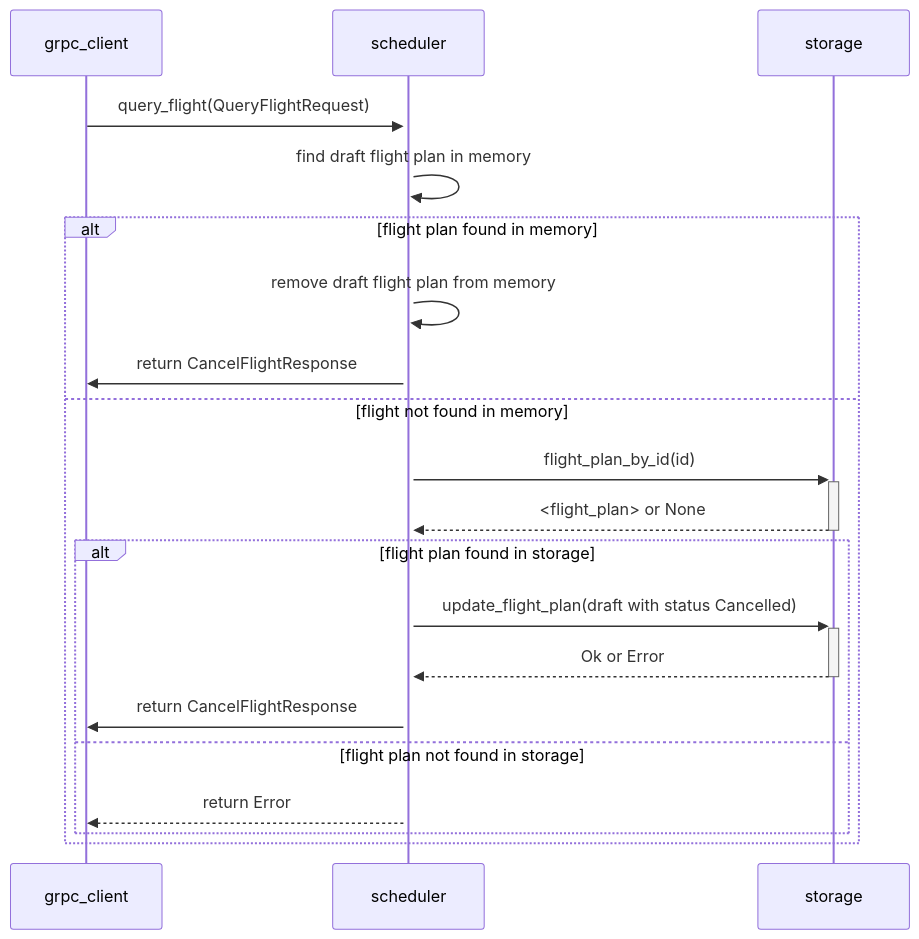
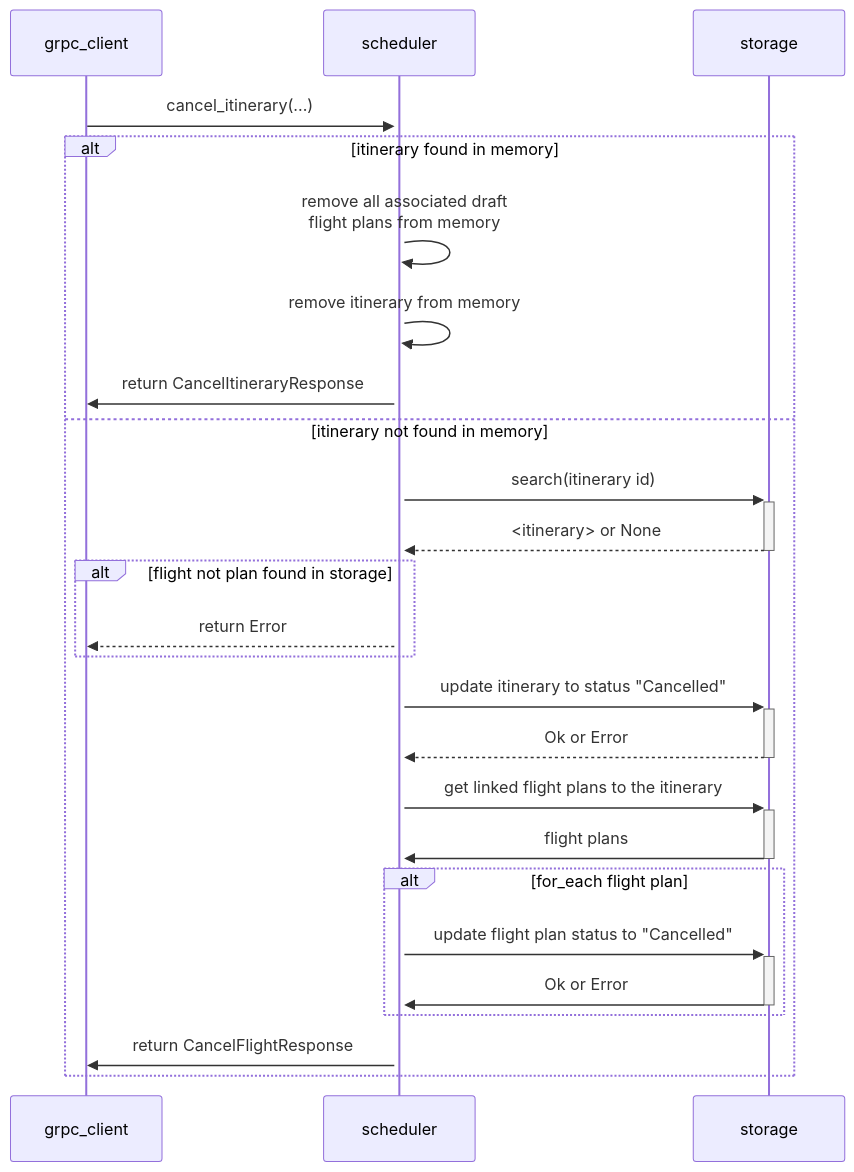
One commit to aetheric-oss/svc-scheduler changed the third of 3 diagrams in docs/sdd.md. Above: the diagram before and after it, drawn with Mermaid. The commit also changed other lines of this file and 2 other files, not shown here.

Commit message:
chore: reviewer comments

````diff
--- a/docs/sdd.md
+++ b/docs/sdd.md
@@ -140,19 +146,27 @@
 ```mermaid
 sequenceDiagram
-    grpc_client->>+scheduler: query_flight(QueryFlightRequest)
-    scheduler->>scheduler: find draft flight plan in memory
-    alt flight plan found in memory
-        scheduler->>scheduler: remove draft flight plan from memory
-        scheduler->>grpc_client: return CancelFlightResponse
-    else flight not found in memory 
-        scheduler->>+storage: flight_plan_by_id(id)
-        storage-->>-scheduler: <flight_plan> or None
-        alt flight plan found in storage
-            scheduler->>+storage: update_flight_plan(draft with status Cancelled)
-            storage-->>-scheduler: Ok or Error
-            scheduler->>grpc_client: return CancelFlightResponse
-        else flight plan not found in storage
+    grpc_client->>+scheduler: cancel_itinerary(...)
+    alt itinerary found in memory
+        scheduler->>scheduler: remove all associated draft<br> flight plans from memory
+        scheduler->>scheduler: remove itinerary from memory
+        scheduler->>grpc_client: return CancelItineraryResponse
+    else itinerary not found in memory 
+        scheduler->>+storage: search(itinerary id)
+        storage-->>-scheduler: <itinerary> or None
+        alt flight not plan found in storage
             scheduler-->>grpc_client: return Error
         end
+    
+        scheduler->>+storage: update itinerary to status "Cancelled"
+        storage-->>-scheduler: Ok or Error
+
+        scheduler->>+storage: get linked flight plans to the itinerary
+        storage->>-scheduler: flight plans
+
+        alt for_each flight plan
+            scheduler->>+storage: update flight plan status to "Cancelled"
+            storage->>-scheduler: Ok or Error
+        end
+        scheduler->>grpc_client: return CancelFlightResponse
     end
 ```
````
